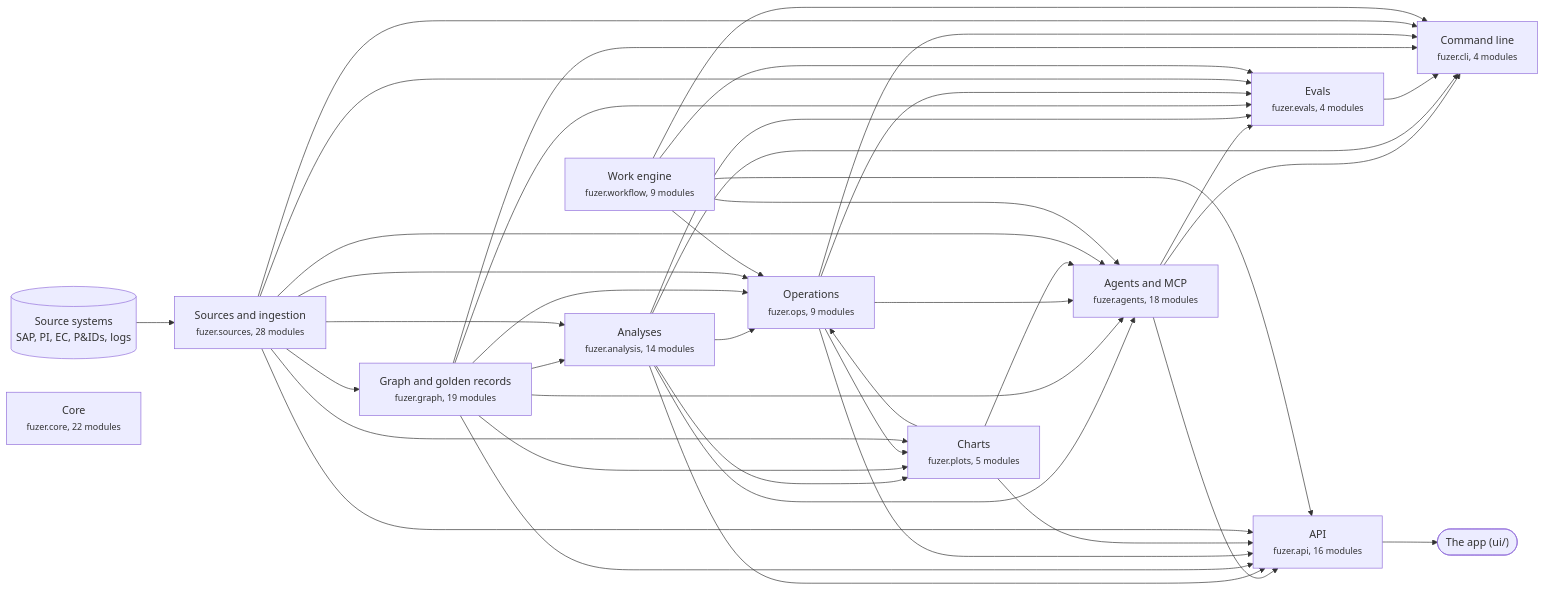
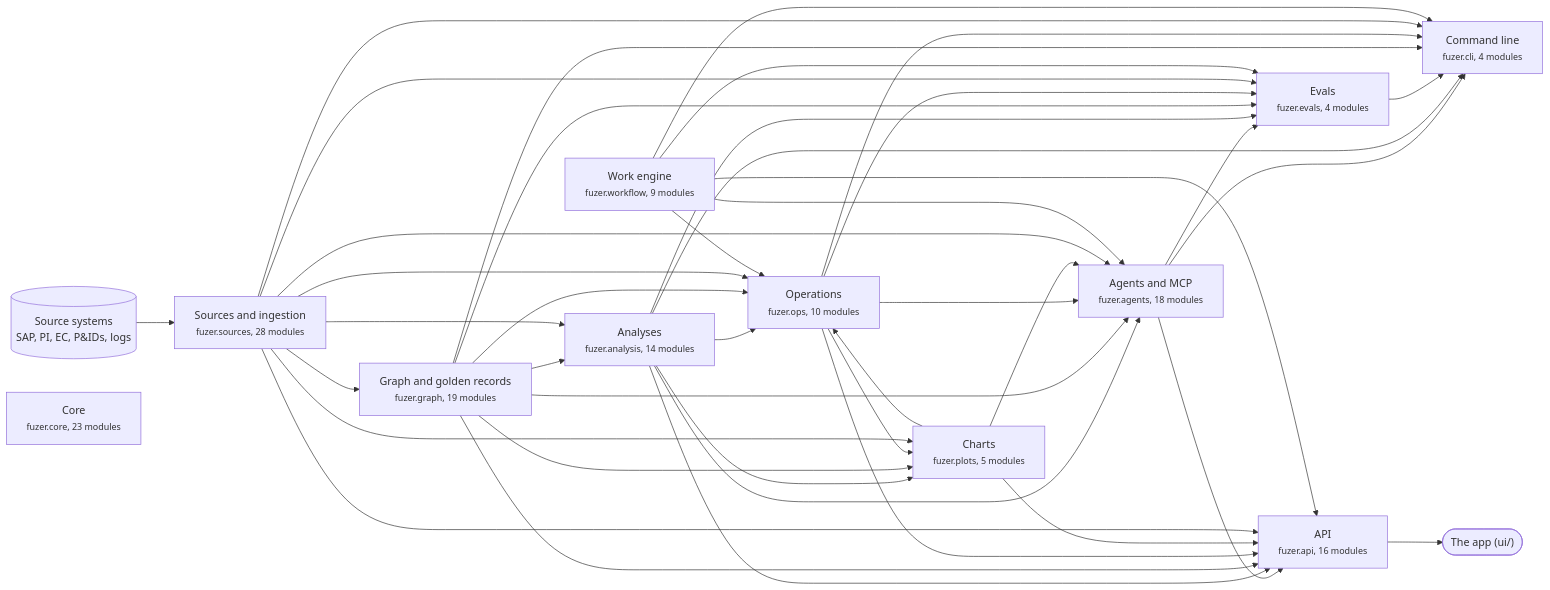
Before and after one commit to areed145/fuzer: the first of 3 diagrams in docs/architecture.md, drawn with Mermaid. The commit also changed other lines of this file and 14 other files, not shown here.

First line of the commit message:
Add the integrated plan: SAP work orders and planned exceptions on one timeline

````diff
--- a/docs/architecture.md
+++ b/docs/architecture.md
@@ -8,66 +8,66 @@
 ```mermaid
 flowchart LR
   systems[("Source systems<br>SAP, PI, EC, P&IDs, logs")] --> c_sources
   app(["The app (ui/)"])
   c_api --> app
   c_sources["Sources and ingestion<br><small>fuzer.sources, 28 modules</small>"]
   c_graph["Graph and golden records<br><small>fuzer.graph, 19 modules</small>"]
   c_analysis["Analyses<br><small>fuzer.analysis, 14 modules</small>"]
-  c_ops["Operations<br><small>fuzer.ops, 9 modules</small>"]
+  c_ops["Operations<br><small>fuzer.ops, 10 modules</small>"]
   c_plots["Charts<br><small>fuzer.plots, 5 modules</small>"]
   c_workflow["Work engine<br><small>fuzer.workflow, 9 modules</small>"]
   c_agents["Agents and MCP<br><small>fuzer.agents, 18 modules</small>"]
   c_evals["Evals<br><small>fuzer.evals, 4 modules</small>"]
   c_api["API<br><small>fuzer.api, 16 modules</small>"]
   c_cli["Command line<br><small>fuzer.cli, 4 modules</small>"]
-  c_core["Core<br><small>fuzer.core, 22 modules</small>"]
+  c_core["Core<br><small>fuzer.core, 23 modules</small>"]
   c_sources --> c_graph
   c_graph --> c_analysis
   c_sources --> c_analysis
   c_analysis --> c_ops
   c_graph --> c_ops
   c_plots --> c_ops
   c_sources --> c_ops
   c_workflow --> c_ops
   c_analysis --> c_plots
   c_graph --> c_plots
   c_ops --> c_plots
   c_sources --> c_plots
   c_analysis --> c_agents
   c_graph --> c_agents
   c_ops --> c_agents
   c_plots --> c_agents
   c_sources --> c_agents
   c_workflow --> c_agents
   c_agents --> c_evals
   c_analysis --> c_evals
   c_graph --> c_evals
   c_ops --> c_evals
   c_sources --> c_evals
   c_workflow --> c_evals
   c_agents --> c_api
   c_analysis --> c_api
   c_graph --> c_api
   c_ops --> c_api
   c_plots --> c_api
   c_sources --> c_api
   c_workflow --> c_api
   c_agents --> c_cli
   c_analysis --> c_cli
   c_evals --> c_cli
   c_graph --> c_cli
   c_ops --> c_cli
   c_sources --> c_cli
   c_workflow --> c_cli
   click c_sources "https://github.com/areed145/fuzer/tree/main/src/fuzer/sources"
   click c_graph "https://github.com/areed145/fuzer/tree/main/src/fuzer/graph"
   click c_analysis "https://github.com/areed145/fuzer/tree/main/src/fuzer/analysis"
   click c_ops "https://github.com/areed145/fuzer/tree/main/src/fuzer/ops"
   click c_plots "https://github.com/areed145/fuzer/tree/main/src/fuzer/plots"
   click c_workflow "https://github.com/areed145/fuzer/tree/main/src/fuzer/workflow"
   click c_agents "https://github.com/areed145/fuzer/tree/main/src/fuzer/agents"
   click c_evals "https://github.com/areed145/fuzer/tree/main/src/fuzer/evals"
   click c_api "https://github.com/areed145/fuzer/tree/main/src/fuzer/api"
   click c_cli "https://github.com/areed145/fuzer/tree/main/src/fuzer/cli"
   click c_core "https://github.com/areed145/fuzer/tree/main/src/fuzer/core"
 ```
````
